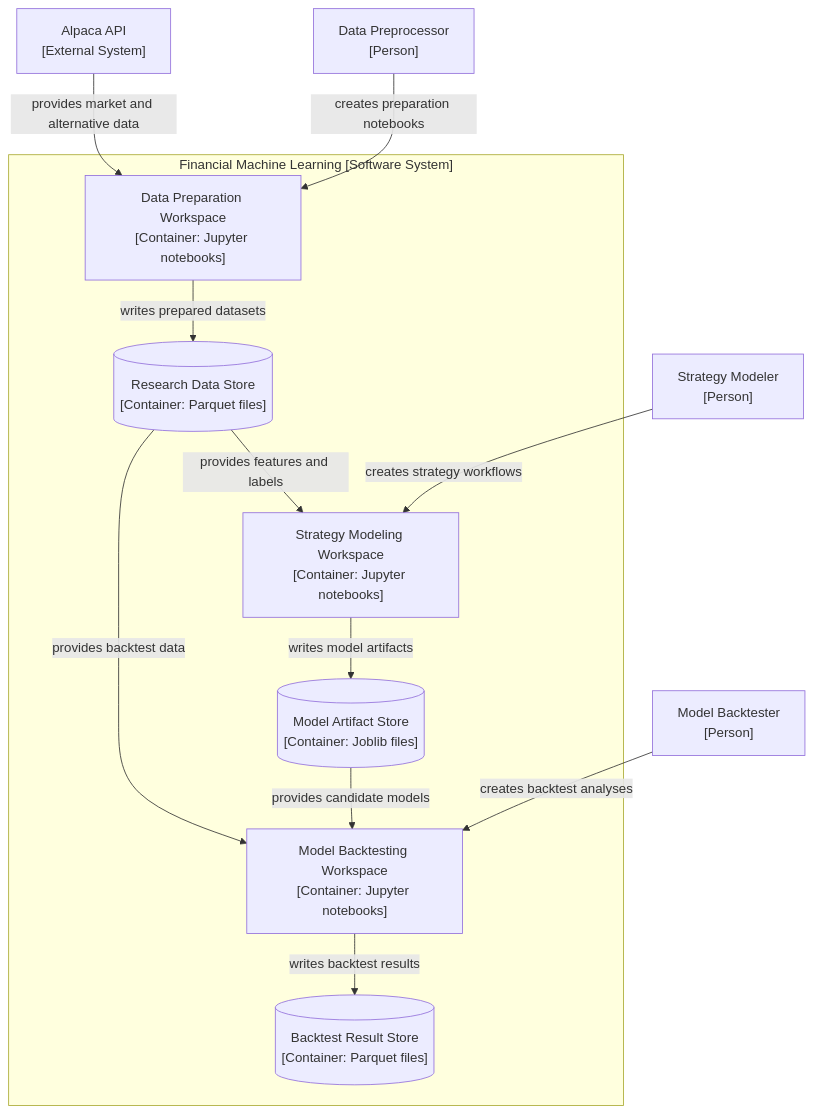
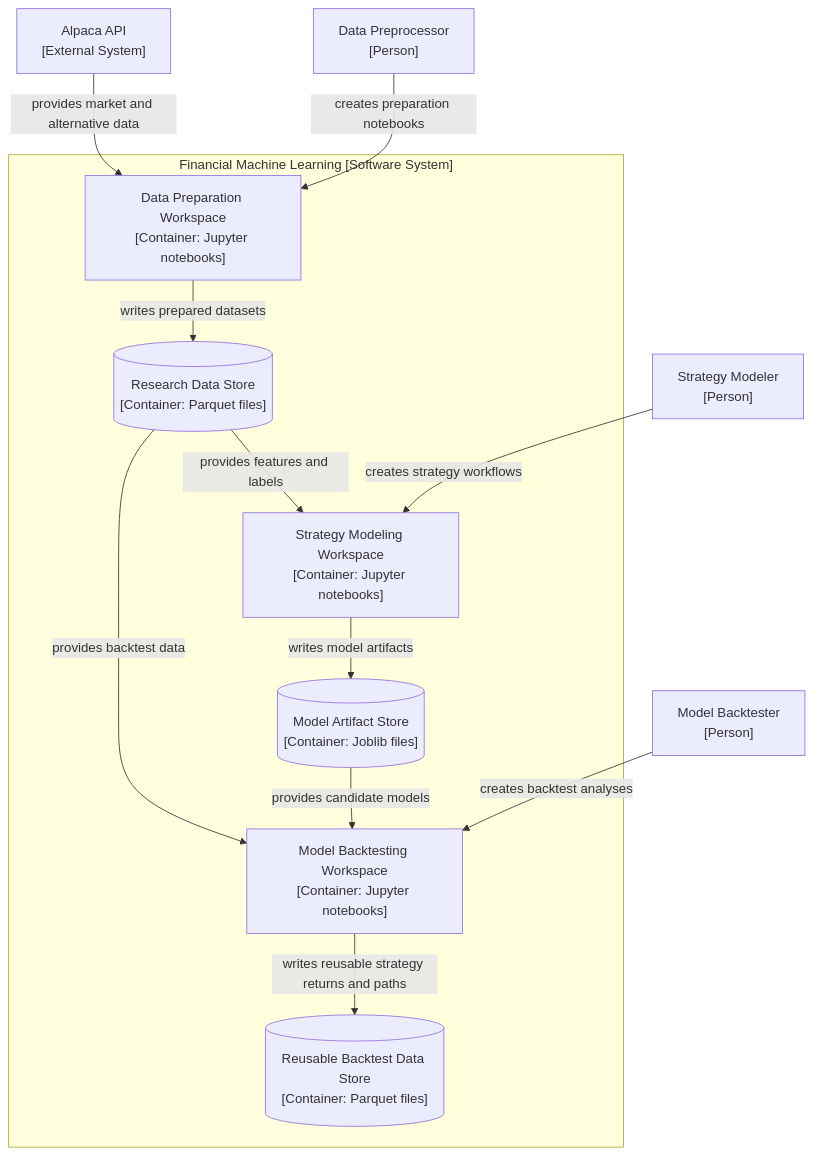
One commit to kwonjunhyuk9/financial-machine-learning changed the second of 3 diagrams in docs/architecture.md. Above: the diagram before and after it, drawn with Mermaid. The commit also changed other lines of this file and 20 other files, not shown here.

````diff
--- a/docs/architecture.md
+++ b/docs/architecture.md
@@ -37,27 +37,27 @@
 ```mermaid
 flowchart TD
     dp_user["Data Preprocessor<br/>[Person]"]
     sm_user["Strategy Modeler<br/>[Person]"]
     mb_user["Model Backtester<br/>[Person]"]
     alpaca["Alpaca API<br/>[External System]"]
 
     subgraph system["Financial Machine Learning [Software System]"]
         prep_workspace["Data Preparation Workspace<br/>[Container: Jupyter notebooks]"]
         data_store[("Research Data Store<br/>[Container: Parquet files]")]
         strategy_workspace["Strategy Modeling Workspace<br/>[Container: Jupyter notebooks]"]
         model_store[("Model Artifact Store<br/>[Container: Joblib files]")]
         backtest_workspace["Model Backtesting Workspace<br/>[Container: Jupyter notebooks]"]
-        result_store[("Backtest Result Store<br/>[Container: Parquet files]")]
+        result_store[("Reusable Backtest Data Store<br/>[Container: Parquet files]")]
     end
 
     dp_user -->|" creates preparation notebooks "| prep_workspace
     sm_user -->|" creates strategy workflows "| strategy_workspace
     mb_user -->|" creates backtest analyses "| backtest_workspace
     alpaca -->|" provides market and alternative data "| prep_workspace
     prep_workspace -->|" writes prepared datasets "| data_store
     data_store -->|" provides features and labels "| strategy_workspace
     strategy_workspace -->|" writes model artifacts "| model_store
     data_store -->|" provides backtest data "| backtest_workspace
     model_store -->|" provides candidate models "| backtest_workspace
-    backtest_workspace -->|" writes backtest results "| result_store
+    backtest_workspace -->|" writes reusable strategy returns and paths "| result_store
 ```
````
